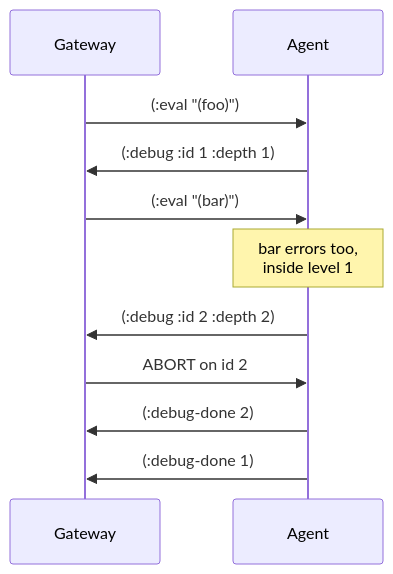
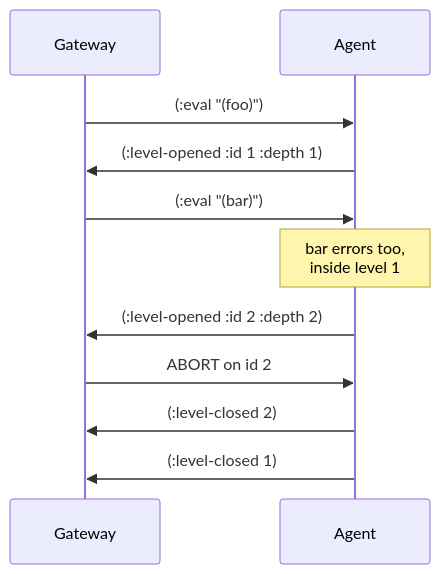
One commit to real-limoges/to-restart-is-divine changed the fifth of 9 diagrams in docs/reference/internal/architecture.md. Above: the diagram before and after it, drawn with Mermaid. The commit also changed other lines of this file and 16 other files, not shown here.

````diff
--- a/docs/reference/internal/architecture.md
+++ b/docs/reference/internal/architecture.md
@@ -194,13 +194,13 @@
 ```mermaid
 sequenceDiagram
   participant G as Gateway
   participant A as Agent
   G->>A: (:eval "(foo)")
-  A->>G: (:debug :id 1 :depth 1)
+  A->>G: (:level-opened :id 1 :depth 1)
   G->>A: (:eval "(bar)")
   Note over A: bar errors too,<br/>inside level 1
-  A->>G: (:debug :id 2 :depth 2)
+  A->>G: (:level-opened :id 2 :depth 2)
   G->>A: ABORT on id 2
-  A->>G: (:debug-done 2)
-  A->>G: (:debug-done 1)
+  A->>G: (:level-closed 2)
+  A->>G: (:level-closed 1)
 ```
````
